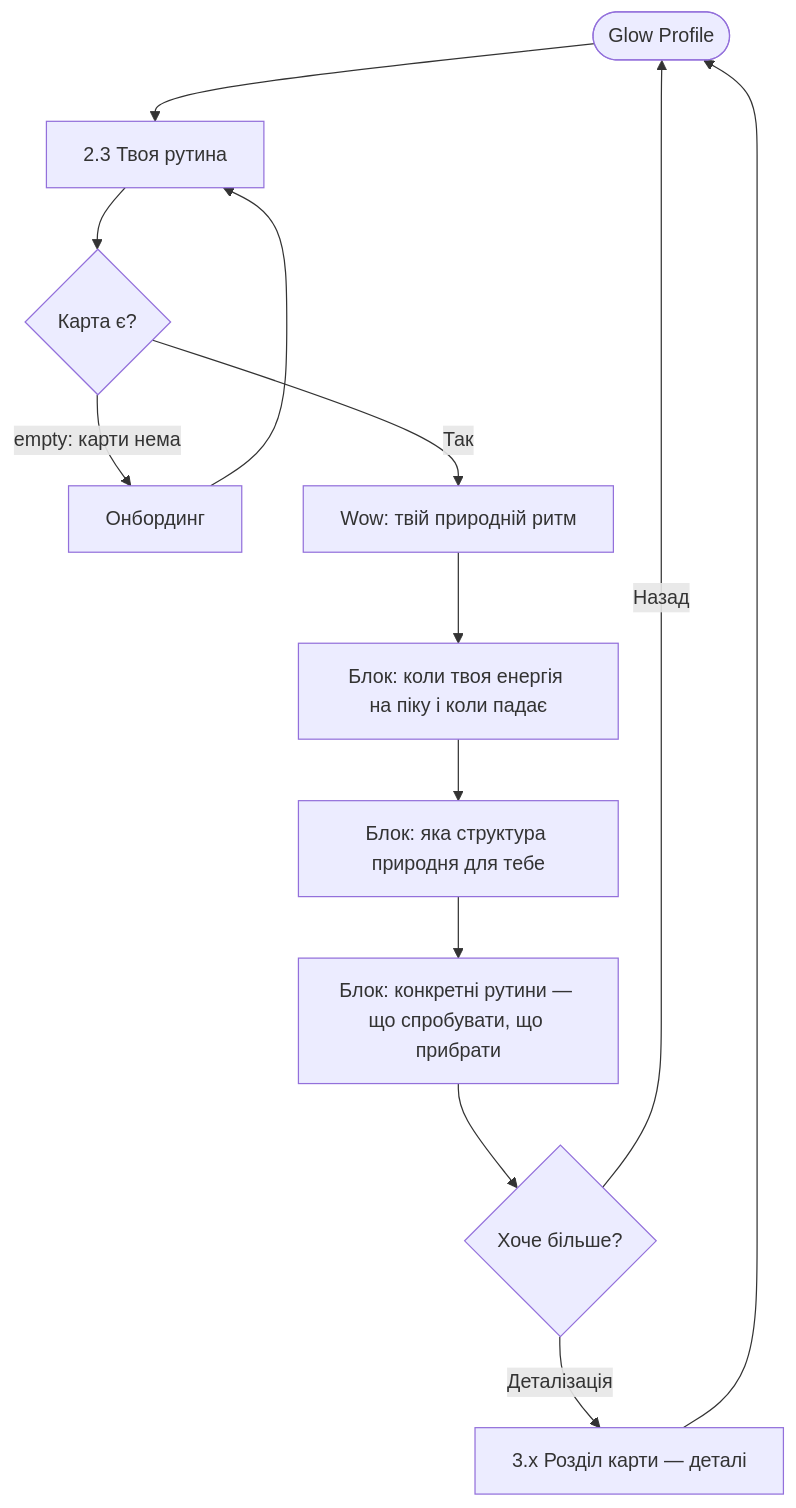
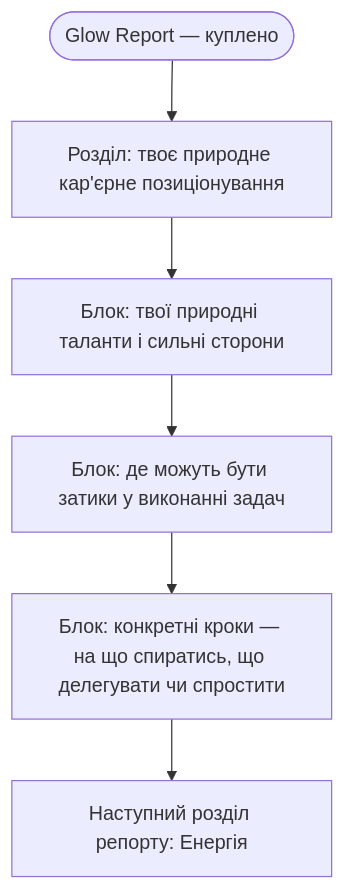
The third of 3 diagrams in flows.md (ikznsk/design-engineering-with-ai), drawn with Mermaid before and after one commit. The commit also changed other lines of this file and 6 other files, not shown here.

First line of the commit message:
Lesson 3 rework: audience/platform pivot, funnel architecture

````diff
--- a/flows.md
+++ b/flows.md
@@ -79,15 +79,8 @@
 ```mermaid
 flowchart TD
-    A([Glow Profile]) --> B[2.3 Твоя рутина]
-    B --> B_check{Карта є?}
-    B_check -- empty: карти нема --> onboard[Онбординг]
-    onboard --> B
-    B_check -- Так --> C[Wow: твій природній ритм]
-    C --> D[Блок: коли твоя енергія на піку і коли падає]
-    D --> E[Блок: яка структура природня для тебе]
-    E --> F[Блок: конкретні рутини — що спробувати, що прибрати]
-    F --> G{Хоче більше?}
-    G -- Деталізація --> H[3.x Розділ карти — деталі]
-    G -- Назад --> A
-    H --> A
+    A([Glow Report — куплено]) --> C[Розділ: твоє природне кар'єрне позиціонування]
+    C --> D[Блок: твої природні таланти і сильні сторони]
+    D --> E[Блок: де можуть бути затики у виконанні задач]
+    E --> F[Блок: конкретні кроки — на що спиратись, що делегувати чи спростити]
+    F --> N[Наступний розділ репорту: Енергія]
 ```
````
